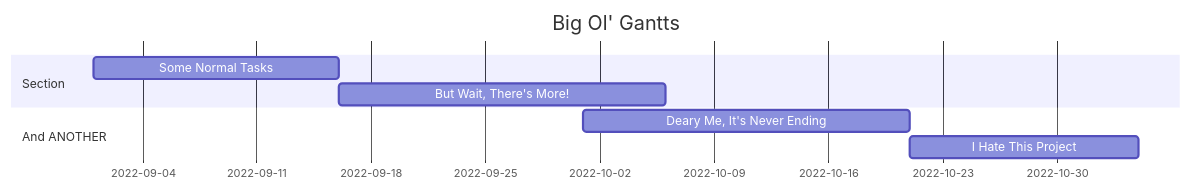
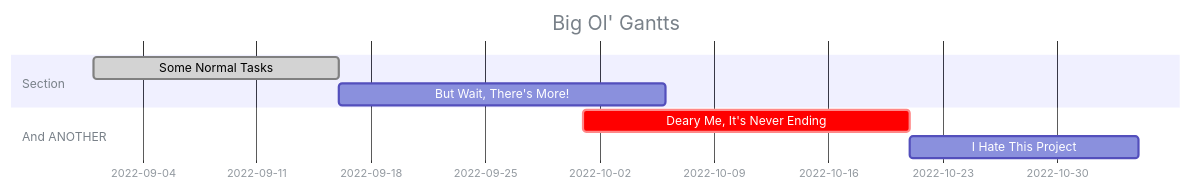
Before and after one commit to Paulj1989/paulrjohnson.net: the second of 3 diagrams in content/posts/2022-09-17-rendering_mermaid_diagrams_using_quarto_and_hugo.md, drawn with Mermaid. The commit also changed other lines of this file and 1 other file, not shown here.

Commit message:
Update Gantt chart appearance

```diff
--- a/content/posts/2022-09-17-rendering_mermaid_diagrams_using_quarto_and_hugo.md
+++ b/content/posts/2022-09-17-rendering_mermaid_diagrams_using_quarto_and_hugo.md
@@ -121,11 +122,12 @@
 <pre class="mermaid" data-tooltip-selector="#mermaid-tooltip-2">
+%%{init: {&#39;theme&#39;: &#39;default&#39;, &#39;themeVariables&#39;: { &#39;textColor&#39;: &#39;#798189&#39;}}}%%
 gantt
     title Big Ol&#39; Gantts
     dateFormat  YYYY-MM-DD
     section Section
-    Some Normal Tasks : a1, 2022-09-01, 15d
+    Some Normal Tasks : done, a1, 2022-09-01, 15d
     But Wait, There&#39;s More! :after a1, 20d
     section And ANOTHER
-    Deary Me, It&#39;s Never Ending : 2022-10-01, 20d
+    Deary Me, It&#39;s Never Ending : crit, 2022-10-01, 20d
     I Hate This Project : 14d
 </pre>
```
